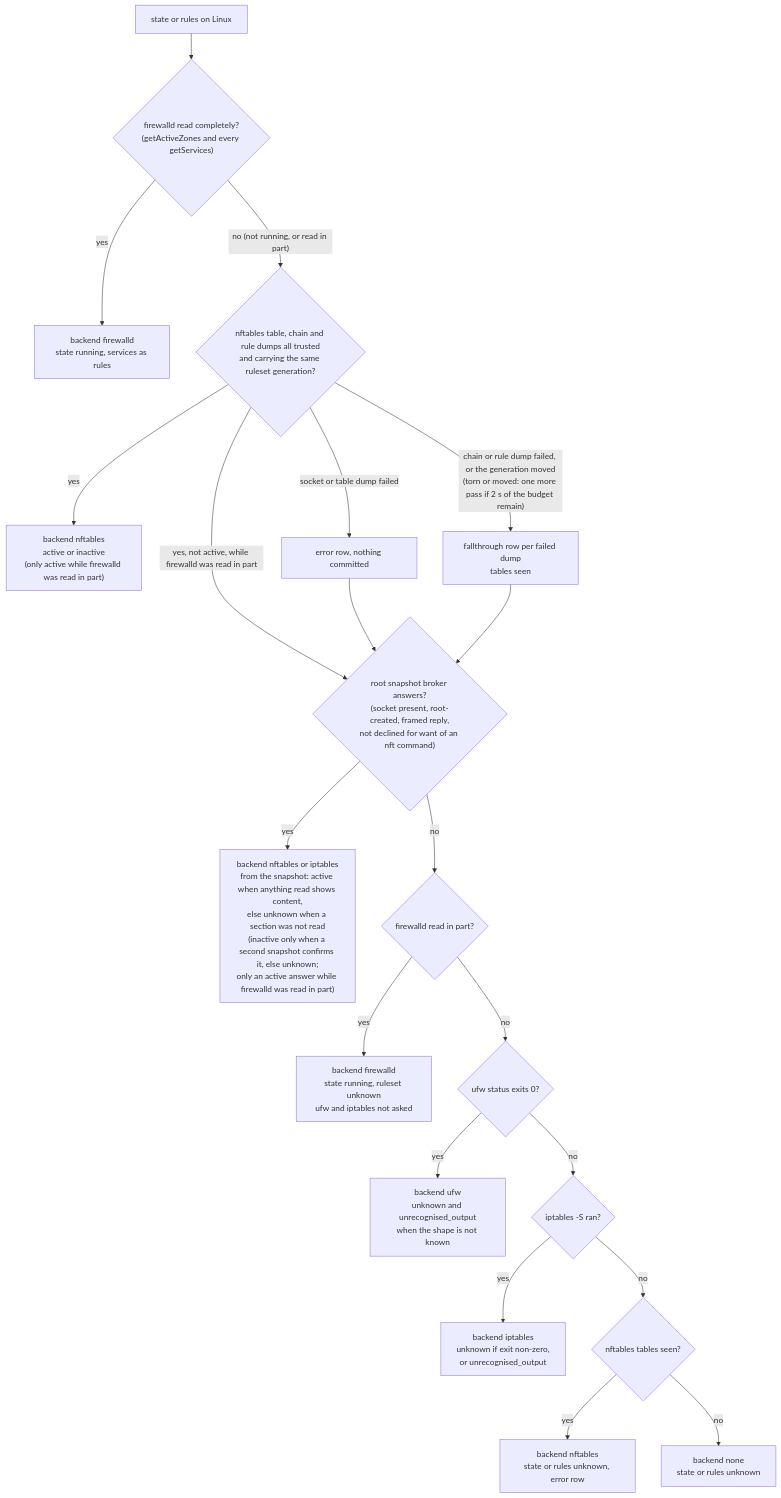
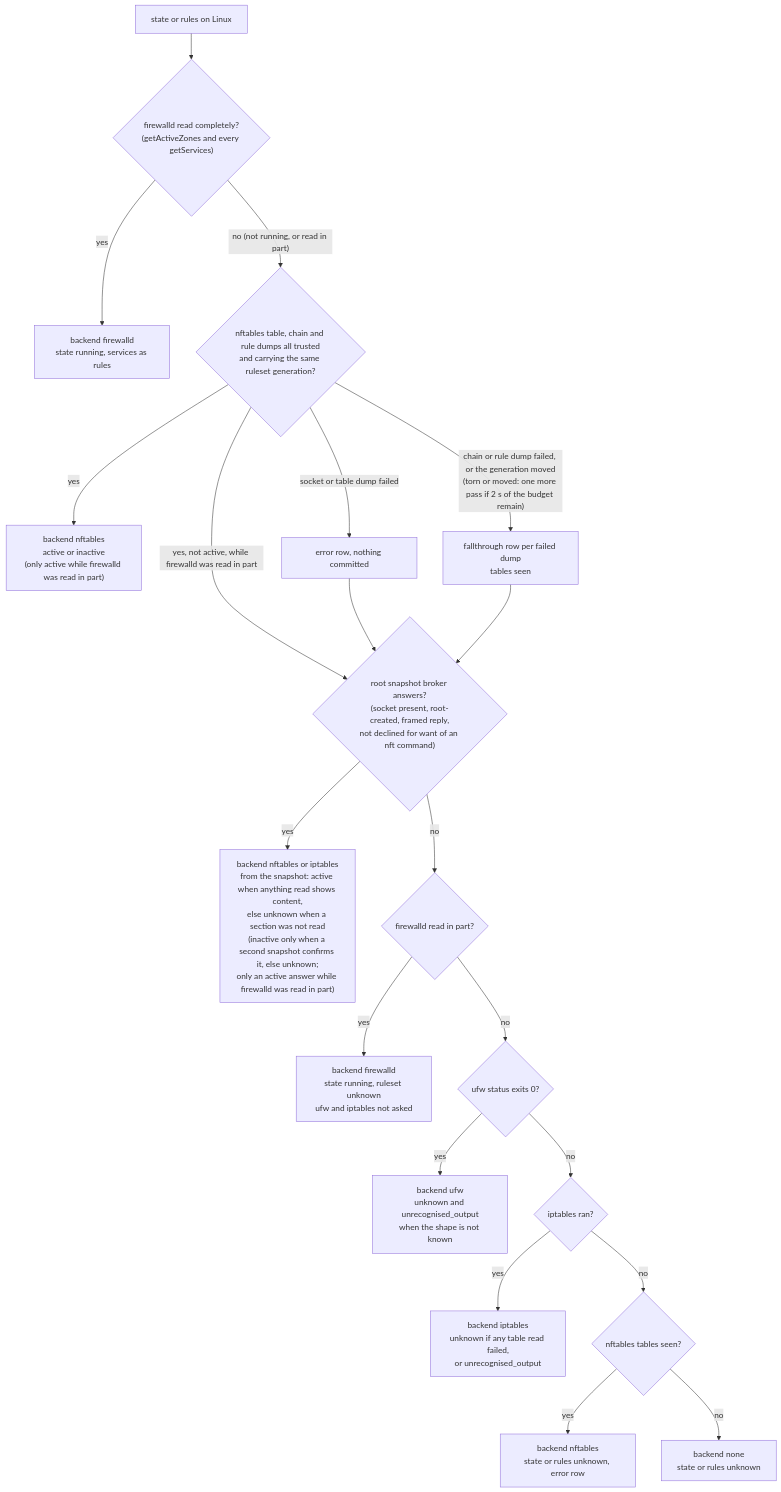
The third of 4 diagrams in agents/plugins/firewall/README.md (DevNullLtd/Yuzu), drawn with Mermaid before and after one commit. The commit also changed other lines of this file and 8 other files, not shown here.

Commit message:
fix(firewall): read raw, mangle and nat in the root direct iptables legs and count an empty user chain as content

````diff
--- a/agents/plugins/firewall/README.md
+++ b/agents/plugins/firewall/README.md
@@ -95,22 +95,22 @@
 ```mermaid
 flowchart TD
   S["state or rules on Linux"] --> F{"firewalld read completely?<br/>(getActiveZones and every getServices)"}
   F -- "yes" --> FD["backend firewalld<br/>state running, services as rules"]
   F -- "no (not running, or read in part)" --> N{"nftables table, chain and rule dumps all trusted<br/>and carrying the same ruleset generation?"}
   N -- "yes" --> ND["backend nftables<br/>active or inactive<br/>(only active while firewalld was read in part)"]
   N -- "yes, not active, while firewalld was read in part" --> B
   N -- "socket or table dump failed" --> E1["error row, nothing committed"]
   N -- "chain or rule dump failed, or the generation moved<br/>(torn or moved: one more pass if 2 s of the budget remain)" --> FT["fallthrough row per failed dump<br/>tables seen"]
   E1 --> B{"root snapshot broker answers?<br/>(socket present, root-created, framed reply,<br/>not declined for want of an nft command)"}
   FT --> B
   B -- "yes" --> BD["backend nftables or iptables<br/>from the snapshot: active when anything read shows content,<br/>else unknown when a section was not read<br/>(inactive only when a second snapshot confirms it, else unknown;<br/>only an active answer while firewalld was read in part)"]
   B -- "no" --> H{"firewalld read in part?"}
   H -- "yes" --> FH["backend firewalld<br/>state running, ruleset unknown<br/>ufw and iptables not asked"]
   H -- "no" --> U{"ufw status exits 0?"}
   U -- "yes" --> UD["backend ufw<br/>unknown and unrecognised_output<br/>when the shape is not known"]
-  U -- "no" --> I{"iptables -S ran?"}
-  I -- "yes" --> ID["backend iptables<br/>unknown if exit non-zero,<br/>or unrecognised_output"]
+  U -- "no" --> I{"iptables ran?"}
+  I -- "yes" --> ID["backend iptables<br/>unknown if any table read failed,<br/>or unrecognised_output"]
   I -- "no" --> X{"nftables tables seen?"}
   X -- "yes" --> NU["backend nftables<br/>state or rules unknown, error row"]
   X -- "no" --> NONE["backend none<br/>state or rules unknown"]
 ```
````
